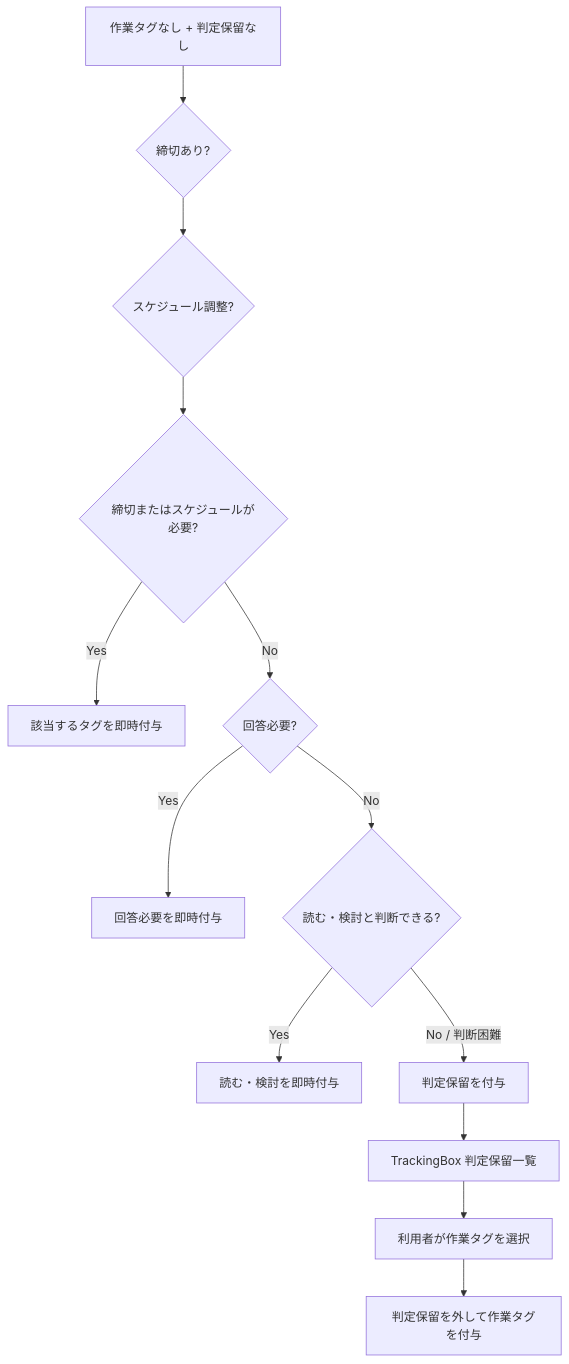
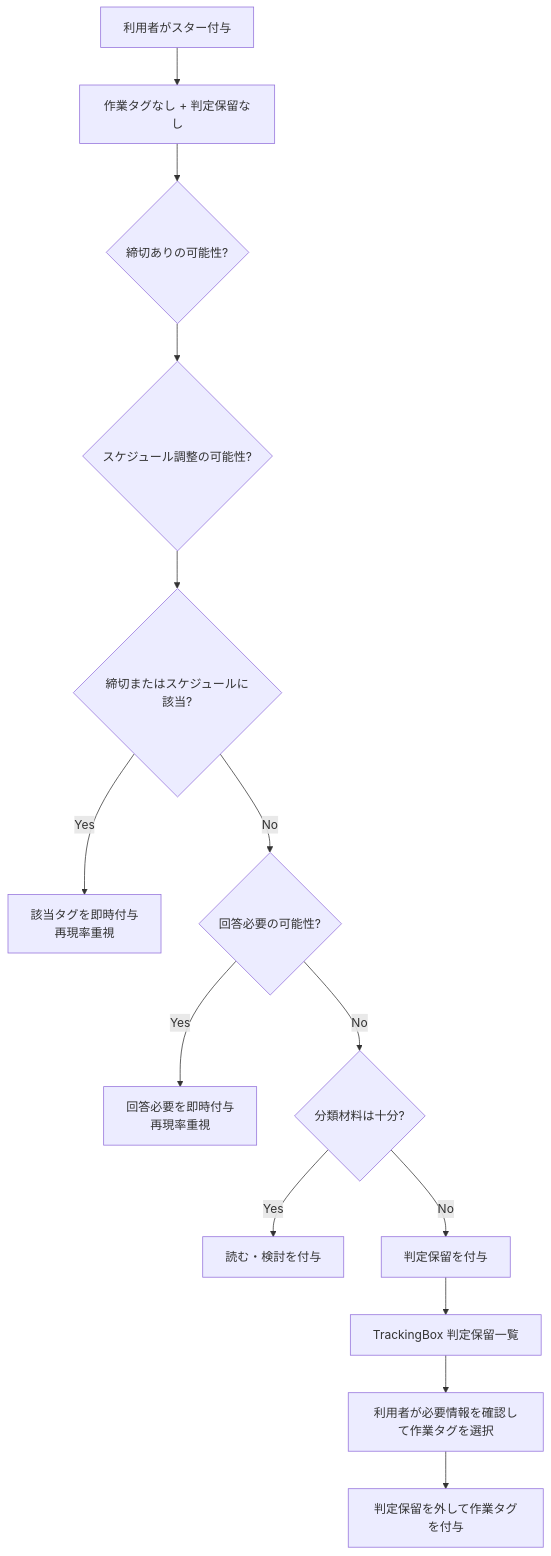
One commit to a3suger/WorkInBox changed the first of 3 diagrams in docs/design_workflow.md. Above: the diagram before and after it, drawn with Mermaid. The commit also changed other lines of this file, not shown here.

````diff
--- a/docs/design_workflow.md
+++ b/docs/design_workflow.md
@@ -392,15 +429,16 @@
 ```mermaid
 flowchart TD
-    A[作業タグなし + 判定保留なし] --> B{締切あり?}
-    B --> C{スケジュール調整?}
-    C --> D{締切またはスケジュールが必要?}
-    D -- Yes --> E[該当するタグを即時付与]
-    D -- No --> F{回答必要?}
-    F -- Yes --> G[回答必要を即時付与]
-    F -- No --> H{読む・検討と判断できる?}
-    H -- Yes --> I[読む・検討を即時付与]
-    H -- No / 判断困難 --> J[判定保留を付与]
-    J --> K[TrackingBox 判定保留一覧]
-    K --> L[利用者が作業タグを選択]
-    L --> M[判定保留を外して作業タグを付与]
+    A[利用者がスター付与] --> B[作業タグなし + 判定保留なし]
+    B --> C{締切ありの可能性?}
+    C --> D{スケジュール調整の可能性?}
+    D --> E{締切またはスケジュールに該当?}
+    E -- Yes --> F[該当タグを即時付与<br/>再現率重視]
+    E -- No --> G{回答必要の可能性?}
+    G -- Yes --> H[回答必要を即時付与<br/>再現率重視]
+    G -- No --> I{分類材料は十分?}
+    I -- Yes --> J[読む・検討を付与]
+    I -- No --> K[判定保留を付与]
+    K --> L[TrackingBox 判定保留一覧]
+    L --> M[利用者が必要情報を確認して作業タグを選択]
+    M --> N[判定保留を外して作業タグを付与]
 ```
````
